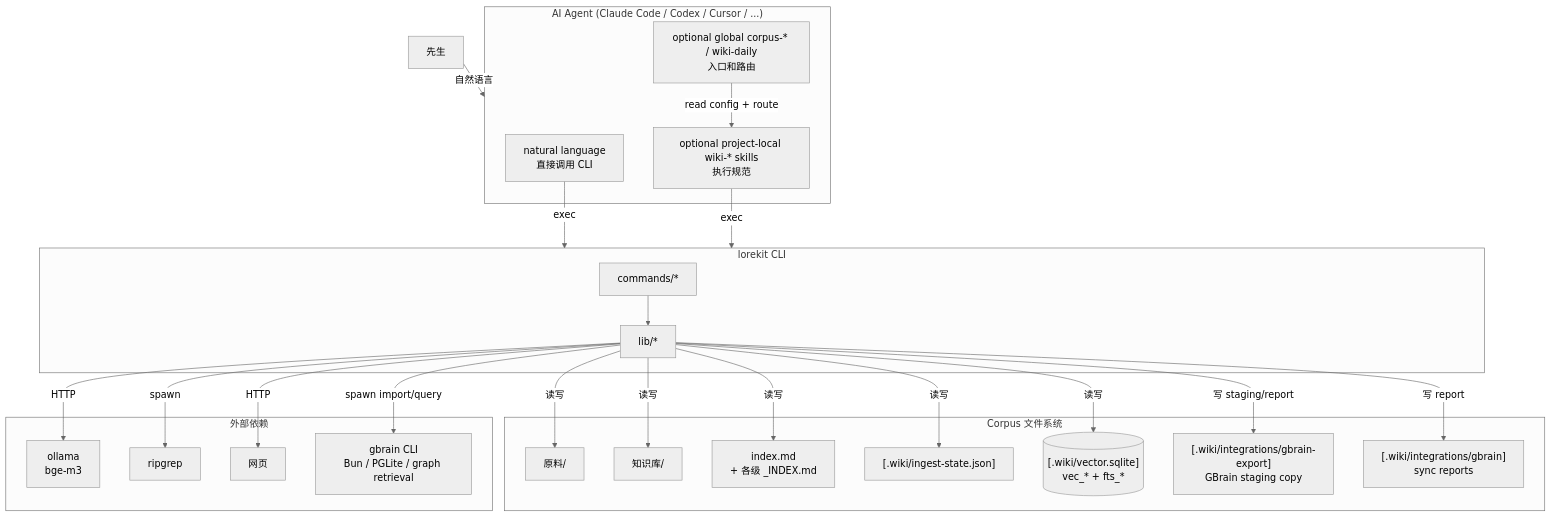
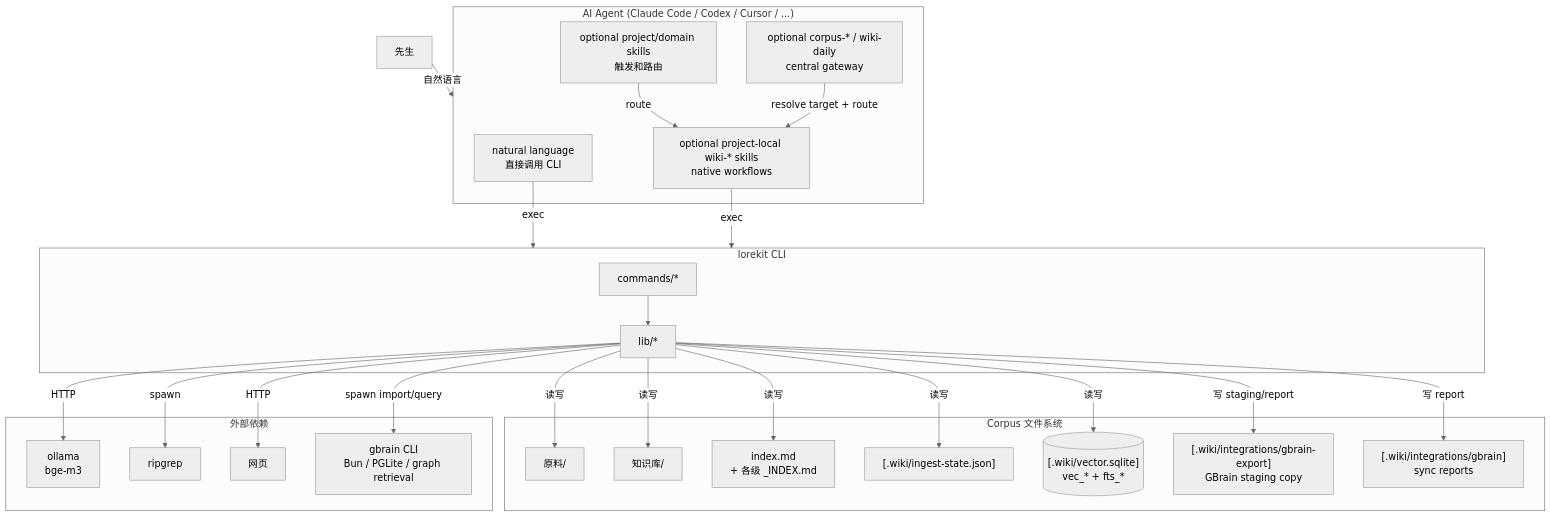
Before and after one commit to GYF0311/lorekit: the first of 5 diagrams in docs/ARCHITECTURE.md, drawn with Mermaid (neutral theme). The commit also changed other lines of this file and 22 other files, not shown here.

Commit message:
Make lorekit skills project-scoped by default

````diff
--- a/docs/ARCHITECTURE.md
+++ b/docs/ARCHITECTURE.md
@@ -22,47 +23,49 @@
 ```mermaid
 flowchart TB
   subgraph Agent["AI Agent (Claude Code / Codex / Cursor / ...)"]
     Natural["natural language<br/>直接调用 CLI"]
-    GlobalSkills["optional global corpus-* / wiki-daily<br/>入口和路由"]
-    ProjectSkills["optional project-local wiki-* skills<br/>执行规范"]
+    ProjectSkills["optional project-local wiki-* skills<br/>native workflows"]
+    DomainSkills["optional project/domain skills<br/>触发和路由"]
+    GlobalSkills["optional corpus-* / wiki-daily<br/>central gateway"]
   end
 
   subgraph CLI["lorekit CLI"]
     Cmd["commands/*"]
     Lib["lib/*"]
     Cmd --> Lib
   end
 
   subgraph Corpus["Corpus 文件系统"]
     Raw["原料/"]
     Wiki["知识库/"]
     Index["index.md<br/>+ 各级 _INDEX.md"]
     State["[.wiki/ingest-state.json]"]
     Vec[("[.wiki/vector.sqlite]<br/>vec_* + fts_*")]
     GBrainExport["[.wiki/integrations/gbrain-export]<br/>GBrain staging copy"]
     GBrainReport["[.wiki/integrations/gbrain]<br/>sync reports"]
   end
 
   subgraph External["外部依赖"]
     Ollama["ollama<br/>bge-m3"]
     RG["ripgrep"]
     Web["网页"]
     GBrain["gbrain CLI<br/>Bun / PGLite / graph retrieval"]
   end
 
   User["先生"] -->|自然语言| Agent
   Natural -->|exec| CLI
-  GlobalSkills -->|read config + route| ProjectSkills
+  DomainSkills -->|route| ProjectSkills
+  GlobalSkills -->|resolve target + route| ProjectSkills
   ProjectSkills -->|exec| CLI
   Lib -->|读写| Raw
   Lib -->|读写| Wiki
   Lib -->|读写| Index
   Lib -->|读写| State
   Lib -->|读写| Vec
   Lib -->|写 staging/report| GBrainExport
   Lib -->|写 report| GBrainReport
   Lib -->|HTTP| Ollama
   Lib -->|HTTP| Web
   Lib -->|spawn| RG
   Lib -->|spawn import/query| GBrain
 ```
````
